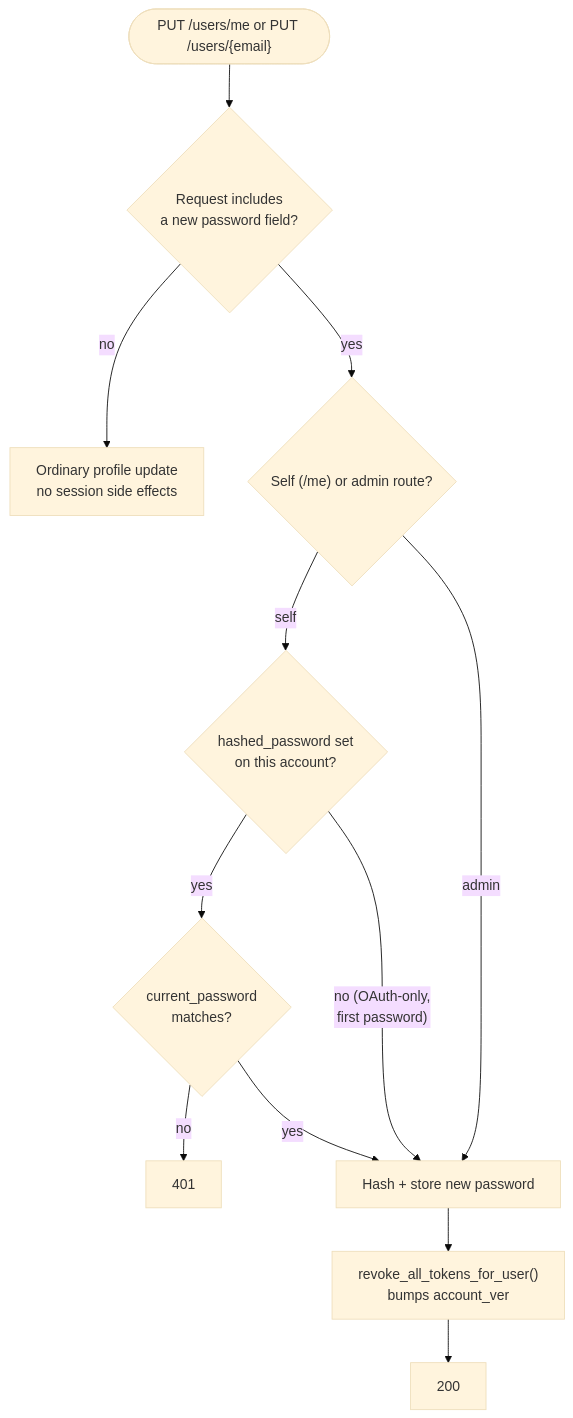
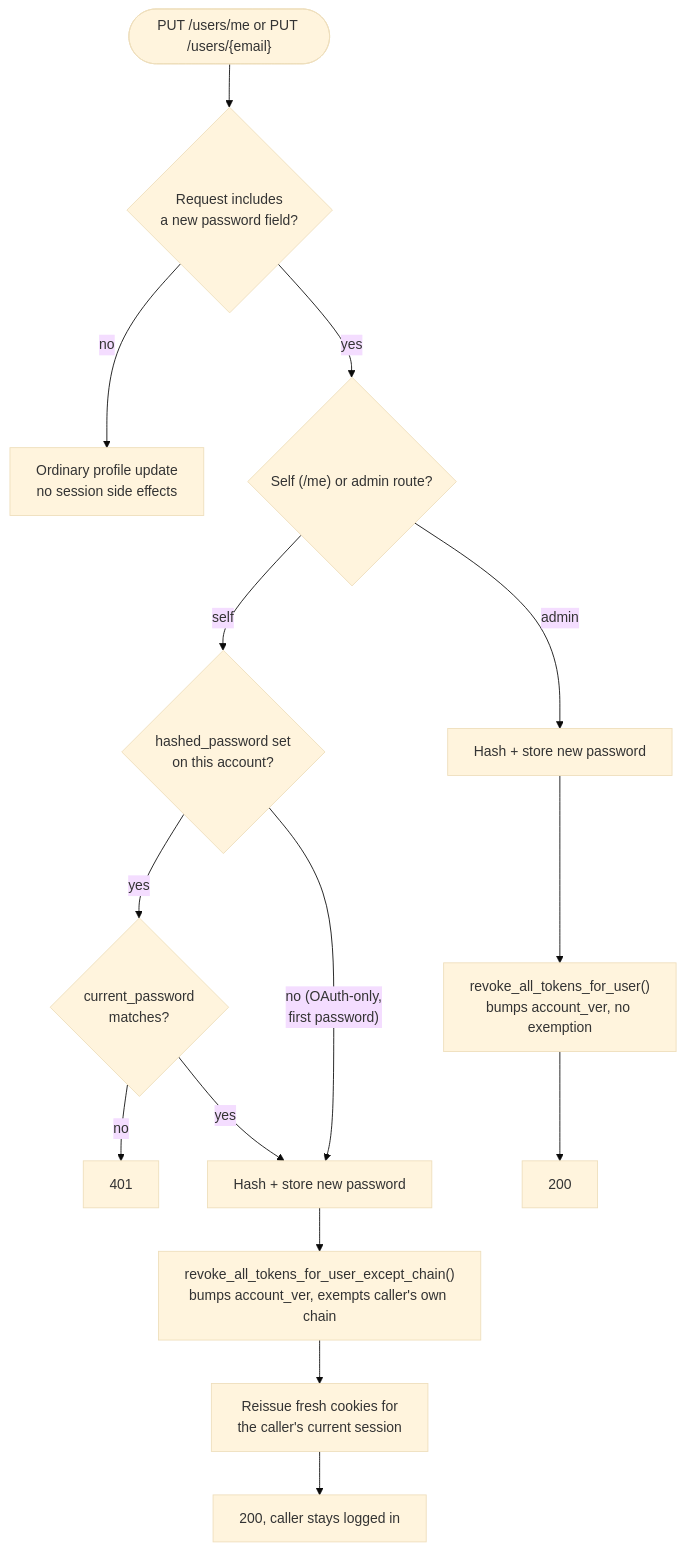
The second of 2 diagrams in docs/mystic_auth/authentication/password-reset.md (Nachiket-2024/mystic-auth), drawn with Mermaid (base theme) before and after one commit. The commit also changed other lines of this file and 350 other files, not shown here.

````diff
--- a/docs/mystic_auth/authentication/password-reset.md
+++ b/docs/mystic_auth/authentication/password-reset.md
@@ -62,14 +62,17 @@
 ```mermaid
 flowchart TD
     Start(["PUT /users/me or PUT /users/{email}"]) --> HasPwField{"Request includes\na new password field?"}
     HasPwField -- "no" --> Plain["Ordinary profile update\nno session side effects"]
     HasPwField -- "yes" --> WhoAmI{"Self (/me) or admin route?"}
     WhoAmI -- "self" --> ReConfirm{"hashed_password set\non this account?"}
     ReConfirm -- "yes" --> CheckCurrent{"current_password\nmatches?"}
     CheckCurrent -- "no" --> Fail401["401"]
-    CheckCurrent -- "yes" --> Change
-    ReConfirm -- "no (OAuth-only,\nfirst password)" --> Change["Hash + store new password"]
-    WhoAmI -- "admin" --> Change
-    Change --> Revoke["revoke_all_tokens_for_user()\nbumps account_ver"]
-    Revoke --> Done200["200"]
+    CheckCurrent -- "yes" --> ChangeSelf
+    ReConfirm -- "no (OAuth-only,\nfirst password)" --> ChangeSelf["Hash + store new password"]
+    ChangeSelf --> RevokeSelf["revoke_all_tokens_for_user_except_chain()\nbumps account_ver, exempts caller's own chain"]
+    RevokeSelf --> ReissueSelf["Reissue fresh cookies for\nthe caller's current session"]
+    ReissueSelf --> Done200Self["200, caller stays logged in"]
+    WhoAmI -- "admin" --> ChangeAdmin["Hash + store new password"]
+    ChangeAdmin --> RevokeAdmin["revoke_all_tokens_for_user()\nbumps account_ver, no exemption"]
+    RevokeAdmin --> Done200Admin["200"]
 ```
````
